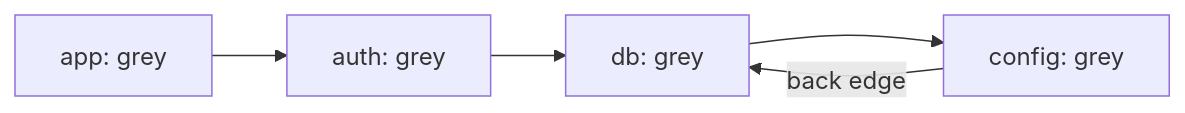
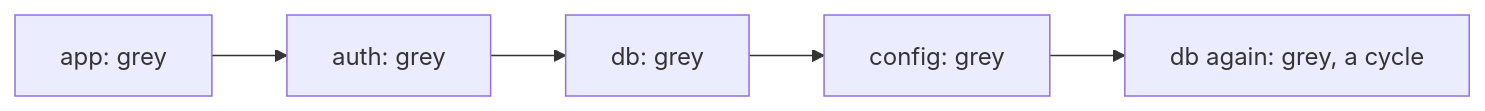
One commit to bkuberek/coding-study changed the second of 2 diagrams in guides/depth-first-search/guide.md. Above: the diagram before and after it, drawn with Mermaid. The commit also changed other lines of this file and 7 other files, not shown here.

````diff
--- a/guides/depth-first-search/guide.md
+++ b/guides/depth-first-search/guide.md
@@ -230,7 +230,7 @@
 ```mermaid
 flowchart LR
   accTitle: The edge that closes a cycle
-  accDescr: The current path is app, auth, db, config, all grey. Config imports db, which is grey, so the edge from config back to db closes the cycle db, config, db.
+  accDescr: The current path is app, auth, db, config, all grey. Config imports db, drawn a second time at the end of the path because it is the same db, still grey, so the edge from config back to db closes the cycle db, config, db.
   app["app: grey"] --> auth["auth: grey"] --> db["db: grey"] --> config["config: grey"]
-  config -- "back edge" --> db
+  config --> again["db again: grey, a cycle"]
 ```
````
